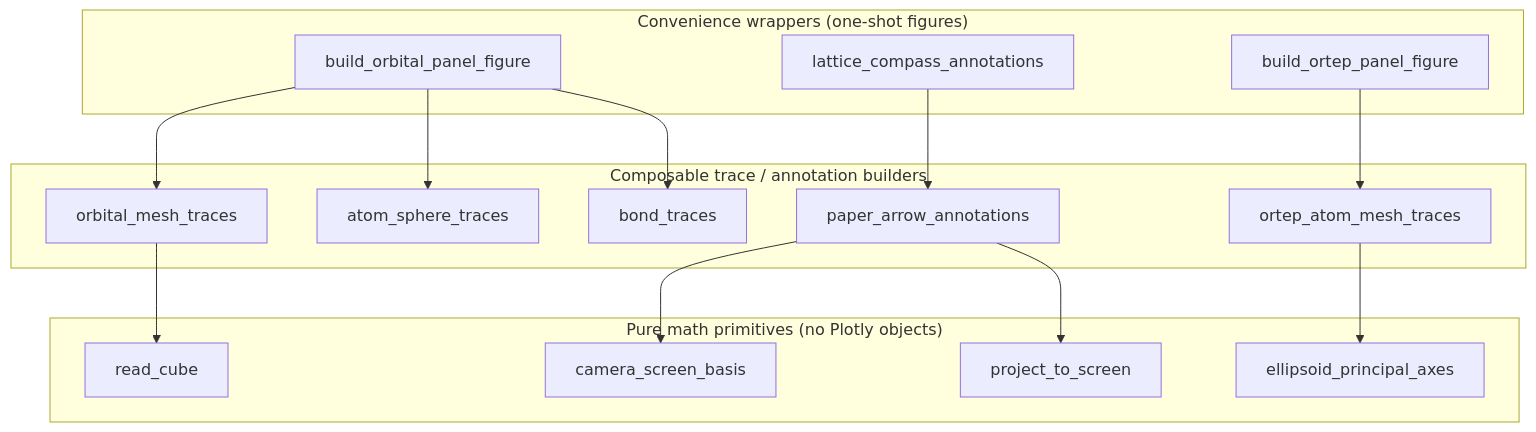
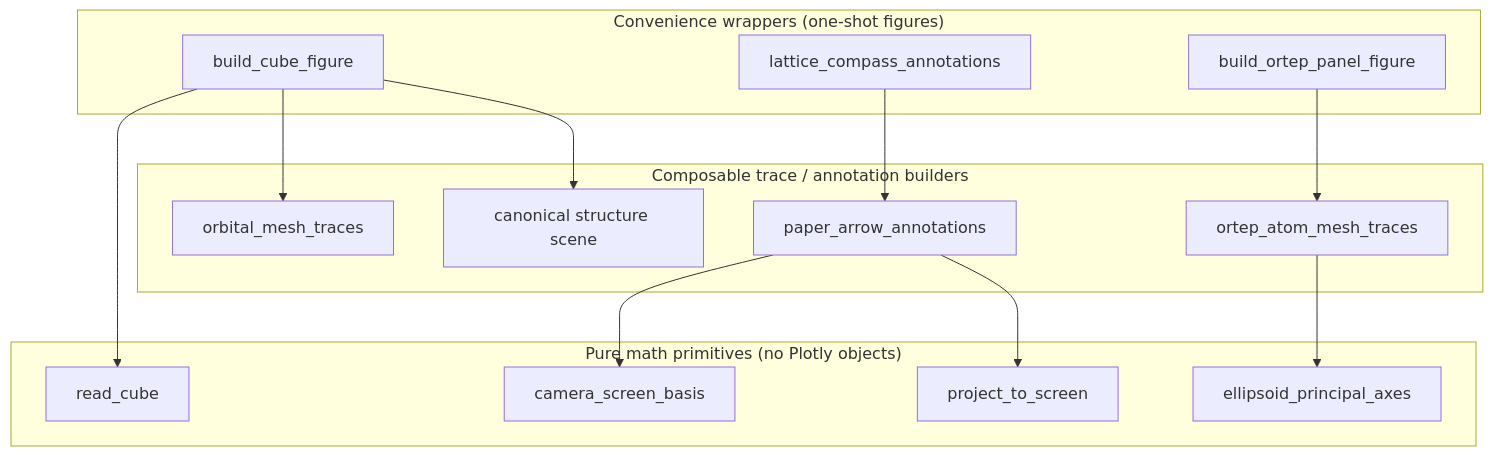
One commit to SchrodingersCattt/MatterVis changed the second of 2 diagrams in docs/agents/README.md. Above: the diagram before and after it, drawn with Mermaid. The commit also changed other lines of this file and 62 other files, not shown here.

````diff
--- a/docs/agents/README.md
+++ b/docs/agents/README.md
@@ -78,31 +78,29 @@
 ```mermaid
 flowchart TD
     subgraph WRAP["Convenience wrappers (one-shot figures)"]
-        W1["build_orbital_panel_figure"]
+        W1["build_cube_figure"]
         W2["lattice_compass_annotations"]
         W4["build_ortep_panel_figure"]
     end
     subgraph BLOCK["Composable trace / annotation builders"]
         B1["orbital_mesh_traces"]
-        B2["atom_sphere_traces"]
-        B3["bond_traces"]
+        B2["canonical structure scene"]
         B4["paper_arrow_annotations"]
         B5["ortep_atom_mesh_traces"]
     end
     subgraph MATH["Pure math primitives (no Plotly objects)"]
         M1["read_cube"]
         M2["camera_screen_basis"]
         M3["project_to_screen"]
         M4["ellipsoid_principal_axes"]
     end
 
     W1 --> B1
     W1 --> B2
-    W1 --> B3
     W2 --> B4
     W4 --> B5
-    B1 --> M1
+    W1 --> M1
     B4 --> M2
     B4 --> M3
     B5 --> M4
 ```
````
